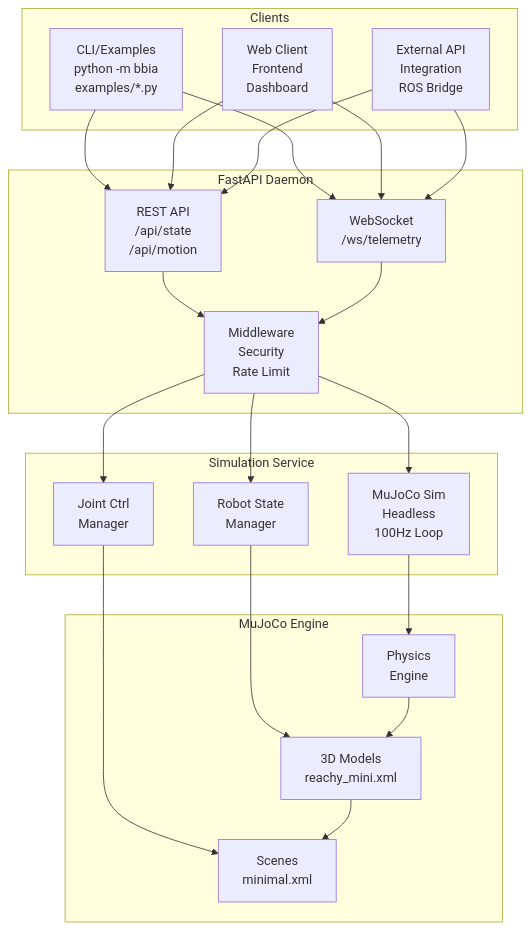
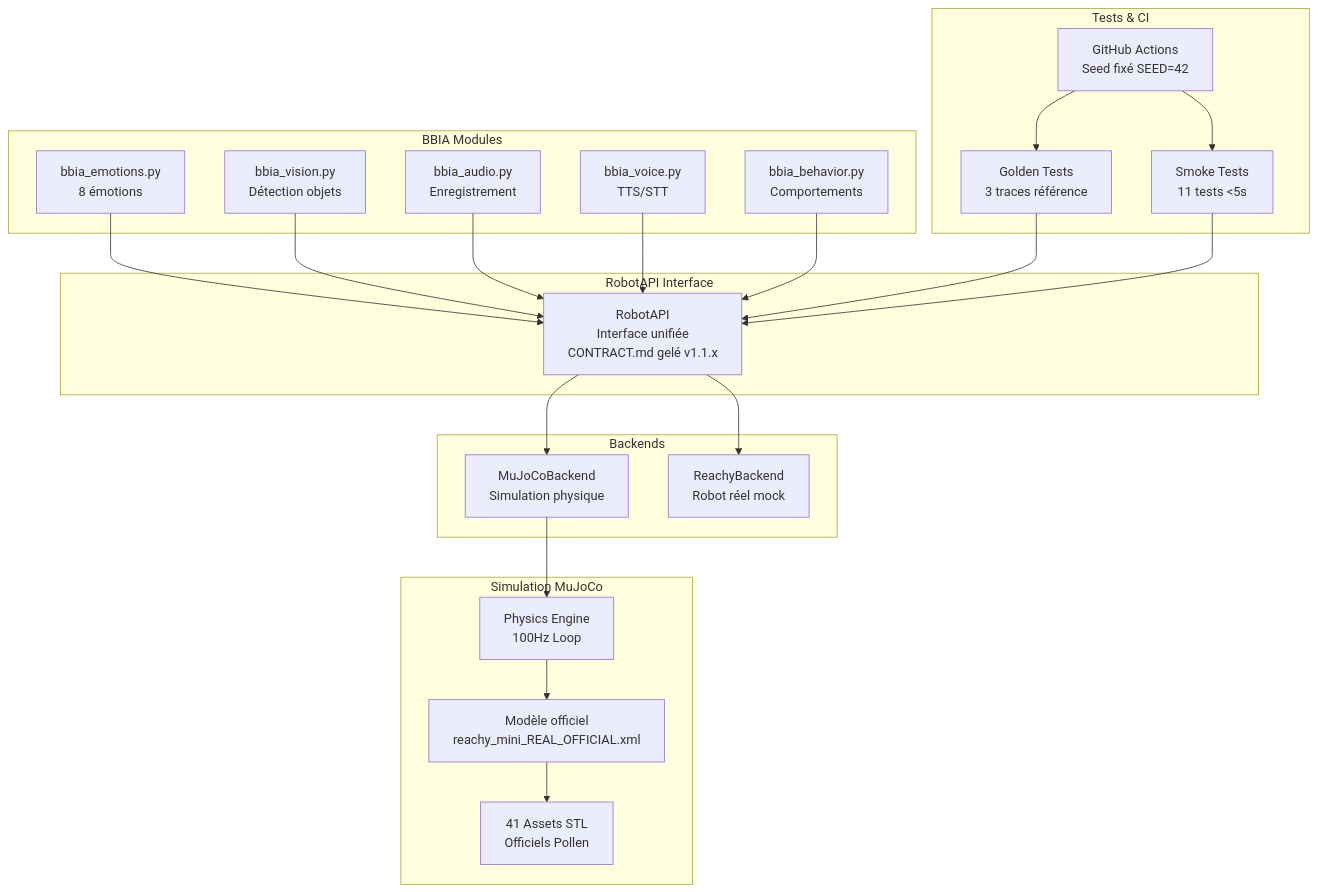
The first of 2 diagrams in docs/ARCHITECTURE.md (arkalia-luna-system/bbia-sim), drawn with Mermaid before and after one commit. The commit also changed other lines of this file and 6 other files, not shown here.

````diff
--- a/docs/ARCHITECTURE.md
+++ b/docs/ARCHITECTURE.md
@@ -9,48 +9,49 @@
 ```mermaid
 graph TB
-    subgraph "Clients"
-        CLI[CLI/Examples<br/>python -m bbia<br/>examples/*.py]
-        WEB[Web Client<br/>Frontend<br/>Dashboard]
-        EXT[External API<br/>Integration<br/>ROS Bridge]
+    subgraph "BBIA Modules"
+        EMOTIONS[bbia_emotions.py<br/>8 émotions]
+        VISION[bbia_vision.py<br/>Détection objets]
+        AUDIO[bbia_audio.py<br/>Enregistrement]
+        VOICE[bbia_voice.py<br/>TTS/STT]
+        BEHAVIOR[bbia_behavior.py<br/>Comportements]
     end
     
-    subgraph "FastAPI Daemon"
-        REST[REST API<br/>/api/state<br/>/api/motion]
-        WS[WebSocket<br/>/ws/telemetry]
-        MW[Middleware<br/>Security<br/>Rate Limit]
+    subgraph "RobotAPI Interface"
+        API[RobotAPI<br/>Interface unifiée<br/>CONTRACT.md gelé v1.1.x]
     end
     
-    subgraph "Simulation Service"
-        MUJOCO[MuJoCo Sim<br/>Headless<br/>100Hz Loop]
-        STATE[Robot State<br/>Manager]
-        JOINT[Joint Ctrl<br/>Manager]
+    subgraph "Backends"
+        MUJOCO[MuJoCoBackend<br/>Simulation physique]
+        REACHY[ReachyBackend<br/>Robot réel mock]
     end
     
-    subgraph "MuJoCo Engine"
-        PHYSICS[Physics<br/>Engine]
-        MODELS[3D Models<br/>reachy_mini.xml]
-        SCENES[Scenes<br/>minimal.xml]
+    subgraph "Simulation MuJoCo"
+        PHYSICS[Physics Engine<br/>100Hz Loop]
+        MODEL[Modèle officiel<br/>reachy_mini_REAL_OFFICIAL.xml]
+        ASSETS[41 Assets STL<br/>Officiels Pollen]
     end
     
-    CLI --> REST
-    WEB --> REST
-    EXT --> REST
+    subgraph "Tests & CI"
+        GOLDEN[Golden Tests<br/>3 traces référence]
+        SMOKE[Smoke Tests<br/>11 tests <5s]
+        CI[GitHub Actions<br/>Seed fixé SEED=42]
+    end
     
-    CLI --> WS
-    WEB --> WS
-    EXT --> WS
+    EMOTIONS --> API
+    VISION --> API
+    AUDIO --> API
+    VOICE --> API
+    BEHAVIOR --> API
     
-    REST --> MW
-    WS --> MW
-    
-    MW --> MUJOCO
-    MW --> STATE
-    MW --> JOINT
+    API --> MUJOCO
+    API --> REACHY
     
     MUJOCO --> PHYSICS
-    STATE --> MODELS
-    JOINT --> SCENES
+    PHYSICS --> MODEL
+    MODEL --> ASSETS
     
-    PHYSICS --> MODELS
-    MODELS --> SCENES
+    GOLDEN --> API
+    SMOKE --> API
+    CI --> GOLDEN
+    CI --> SMOKE
 ```
````
